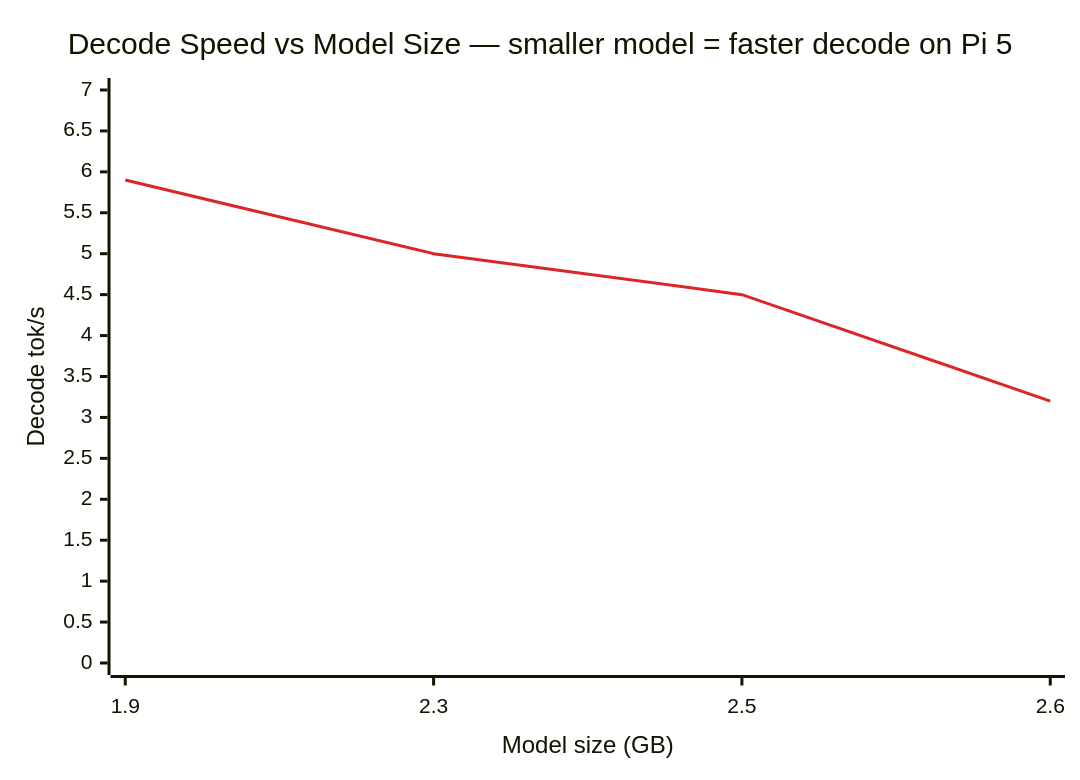
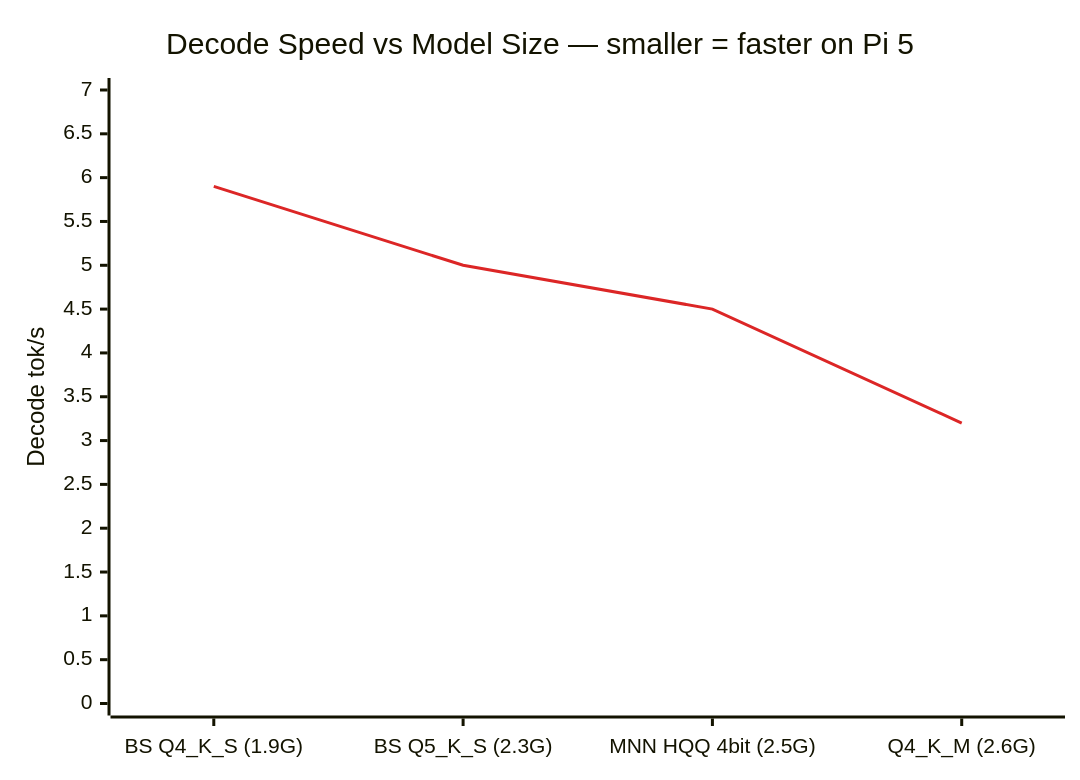
One commit to slomin/potato-os changed the second of 5 diagrams in benchmarks/mnn_spike_results.md. Above: the diagram before and after it, drawn with Mermaid. The commit also changed other lines of this file, not shown here.

First line of the commit message:
spike(mnn): update charts with model names, add caveats, fix Snapdragon numbers (#24)

````diff
--- a/benchmarks/mnn_spike_results.md
+++ b/benchmarks/mnn_spike_results.md
@@ -67,13 +69,13 @@
 ```mermaid
 ---
 config:
     themeVariables:
         xyChart:
             plotColorPalette: "#dc2626, #2563eb"
 ---
 xychart-beta
-    title "Decode Speed vs Model Size — smaller model = faster decode on Pi 5"
-    x-axis "Model size (GB)" [1.9, 2.3, 2.5, 2.6]
+    title "Decode Speed vs Model Size — smaller = faster on Pi 5"
+    x-axis ["BS Q4_K_S (1.9G)", "BS Q5_K_S (2.3G)", "MNN HQQ 4bit (2.5G)", "Q4_K_M (2.6G)"]
     y-axis "Decode tok/s" 0 --> 7
     line [5.9, 5.0, 4.5, 3.2]
 ```
````
